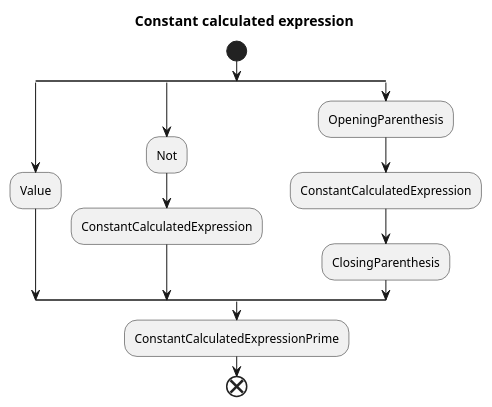
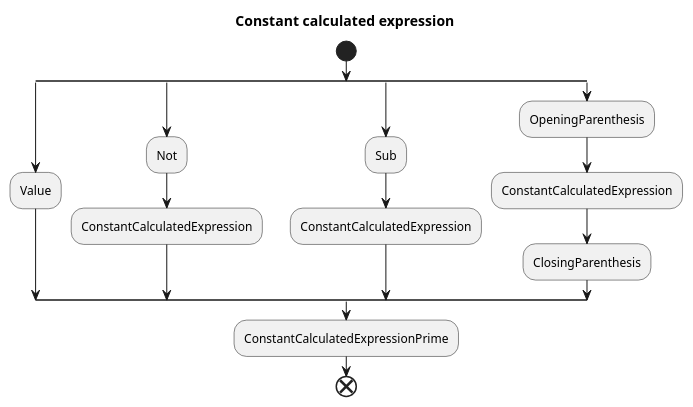
One commit to lichterberci/rust_learning changed the tenth of 13 diagrams in dbms/query_lang_compiler_notes.md. Above: the diagram before and after it, drawn with PlantUML. The commit also changed other lines of this file and 2 other files, not shown here.

````diff
--- a/dbms/query_lang_compiler_notes.md
+++ b/dbms/query_lang_compiler_notes.md
@@ -296,16 +286,19 @@
 ```plantuml
 title Constant calculated expression
 start
 split
 :Value;
 split again
 :Not;
 :ConstantCalculatedExpression;
 split again
+:Sub;
+:ConstantCalculatedExpression;
+split again
 :OpeningParenthesis;
 :ConstantCalculatedExpression;
 :ClosingParenthesis;
 end split
 :ConstantCalculatedExpressionPrime;
 end
 ```
````
